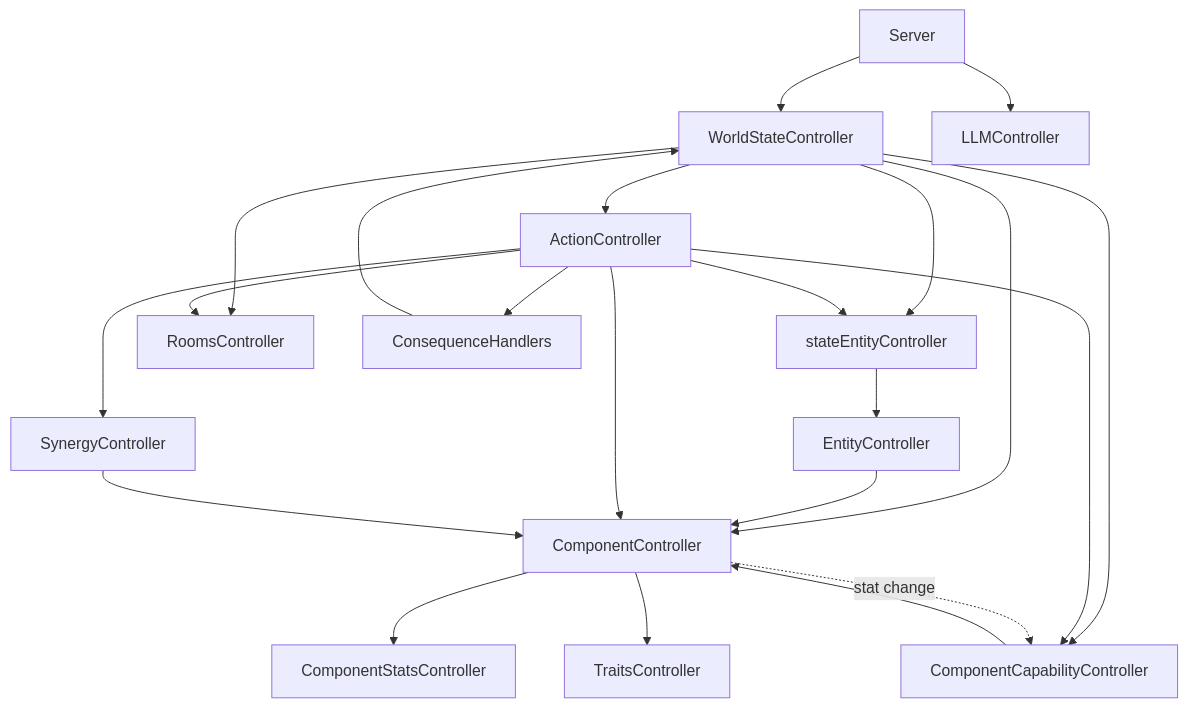
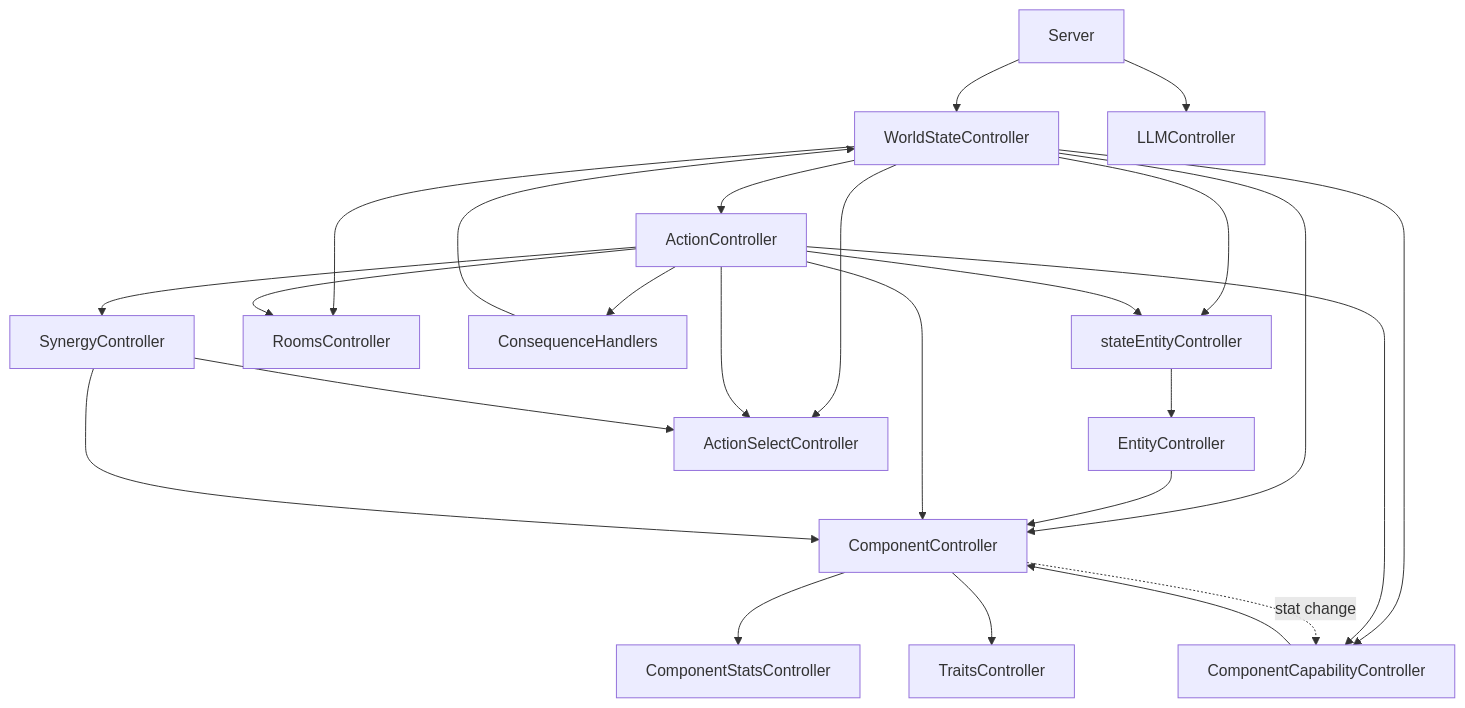
Before and after one commit to Rhuan-P-Dev/slopSimulacrum: the diagram in wiki/map.md, drawn with Mermaid. The commit also changed other lines of this file and 19 other files, not shown here.

````diff
--- a/wiki/map.md
+++ b/wiki/map.md
@@ -13,56 +13,60 @@
 ```mermaid
 graph TD
     %% Root
     WSC[WorldStateController]
 
     %% Data Level
     CSC[ComponentStatsController]
     TC[TraitsController]
 
     %% Logic Level
     CC[ComponentController]
     EC[EntityController]
 
     %% Instance Level
     SEC[stateEntityController]
     RC[RoomsController]
 
     %% Action Layer
     AC[ActionController]
     CCC[ComponentCapabilityController]
     CH[ConsequenceHandlers]
     SC[SynergyController]
+    ASC[ActionSelectController]
 
     %% LLM Layer (Parallel)
     LLMC[LLMController]
     SVR[Server]
 
     %% Relationships
     SVR --> LLMC
     SVR --> WSC
     
     WSC --> RC
     WSC --> SEC
     WSC --> CC
     WSC --> AC
     WSC --> CCC
+    WSC --> ASC
 
     AC --> CH
     AC --> CCC
     AC --> SC
+    AC --> ASC
+    SC --> ASC
     CH --> WSC
 
     SEC --> EC
     EC --> CC
     CC --> CSC
     CC --> TC
     
     AC --> SEC
     AC --> CC
     AC --> RC
     CCC --> CC
     SC --> CC
     
     %% Stat change notification
     CC -.->|stat change| CCC
 ```
````
